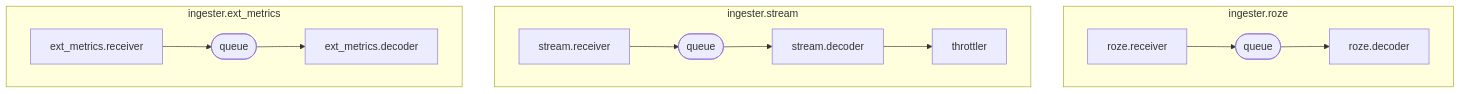
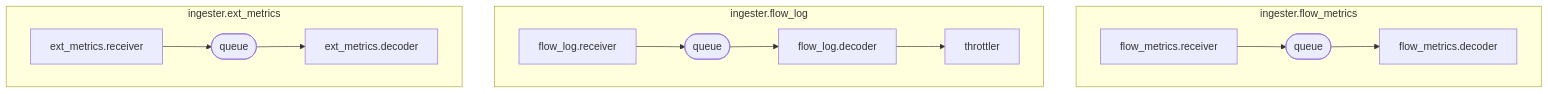
The third of 6 diagrams in docs/design/data-flow.md (deepflowio/deepflow), drawn with Mermaid before and after one commit. The commit also changed other lines of this file and 50 other files, not shown here.

Commit message:
[server] roze/stream rename to flow metrics/flow log

````diff
--- a/docs/design/data-flow.md
+++ b/docs/design/data-flow.md
@@ -98,18 +98,18 @@
 ```mermaid
 flowchart TD
 
-subgraph ingester.roze
+subgraph ingester.flow_metrics
   direction LR
-  roze.receiver --> roze.queue([queue]) --> roze.decoder
+  flow_metrics.receiver --> flow_metrics.queue([queue]) --> flow_metrics.decoder
 end
 
-subgraph ingester.stream
+subgraph ingester.flow_log
   direction LR
-  stream.receiver --> stream.([queue]) --> stream.decoder --> throttler
+  flow_log.receiver --> flow_log.([queue]) --> flow_log.decoder --> throttler
 end
 
 subgraph ingester.ext_metrics
   direction LR
   ext_metrics.receiver --> ext_metrics.([queue]) --> ext_metrics.decoder
 end
 ```
````
